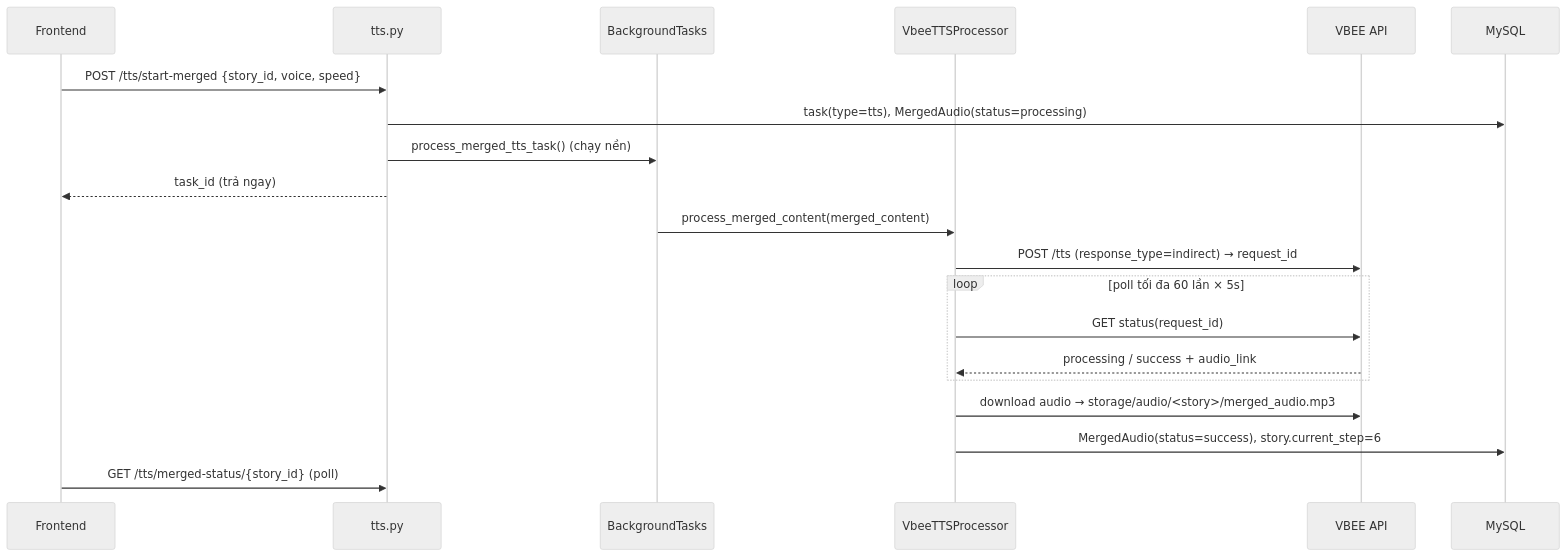
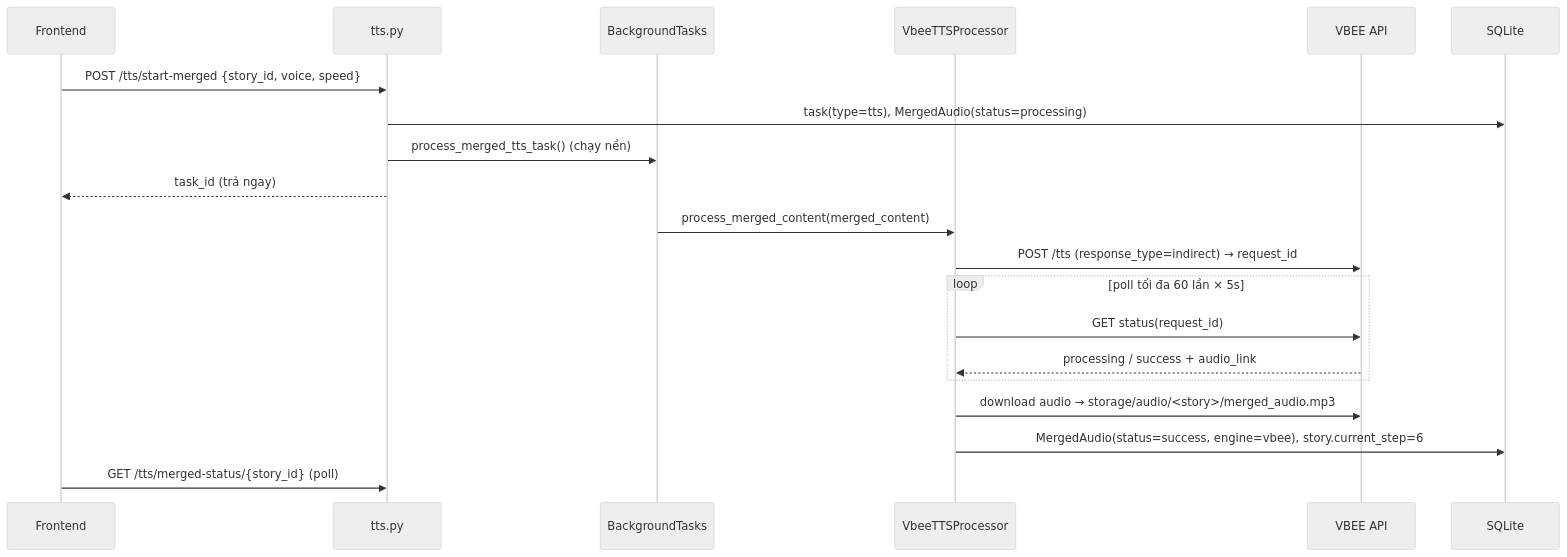
One commit to Duoclv-tech/App-audio-story changed the fourth of 8 diagrams in docs/PROJECT_DOCUMENTATION.md. Above: the diagram before and after it, drawn with Mermaid (neutral theme). The commit also changed other lines of this file and 4 other files, not shown here.

````diff
--- a/docs/PROJECT_DOCUMENTATION.md
+++ b/docs/PROJECT_DOCUMENTATION.md
@@ -493,23 +552,23 @@
 ```mermaid
 sequenceDiagram
     participant FE as Frontend
     participant API as tts.py
     participant BG as BackgroundTasks
     participant SV as VbeeTTSProcessor
     participant EXT as VBEE API
-    participant DB as MySQL
+    participant DB as SQLite
 
     FE->>API: POST /tts/start-merged {story_id, voice, speed}
     API->>DB: task(type=tts), MergedAudio(status=processing)
     API->>BG: process_merged_tts_task() (chạy nền)
     API-->>FE: task_id (trả ngay)
     BG->>SV: process_merged_content(merged_content)
     SV->>EXT: POST /tts (response_type=indirect) → request_id
     loop poll tối đa 60 lần × 5s
         SV->>EXT: GET status(request_id)
         EXT-->>SV: processing / success + audio_link
     end
     SV->>EXT: download audio → storage/audio/<story>/merged_audio.mp3
-    SV->>DB: MergedAudio(status=success), story.current_step=6
+    SV->>DB: MergedAudio(status=success, engine=vbee), story.current_step=6
     FE->>API: GET /tts/merged-status/{story_id} (poll)
 ```
````
